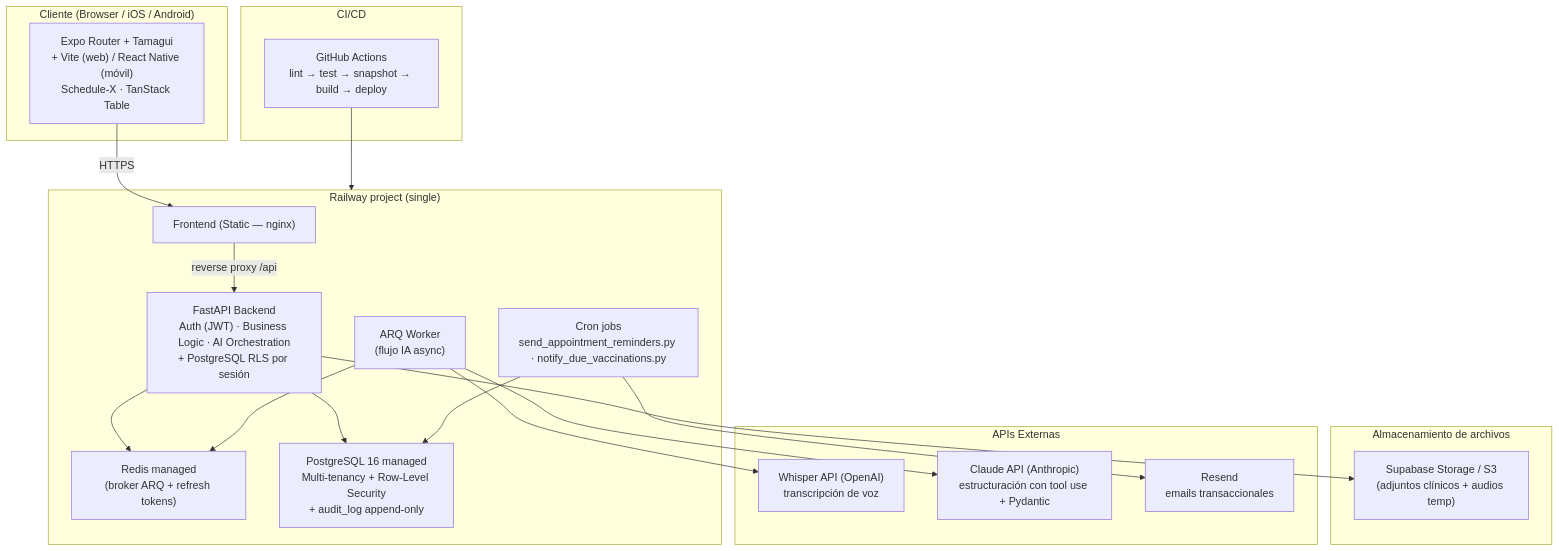
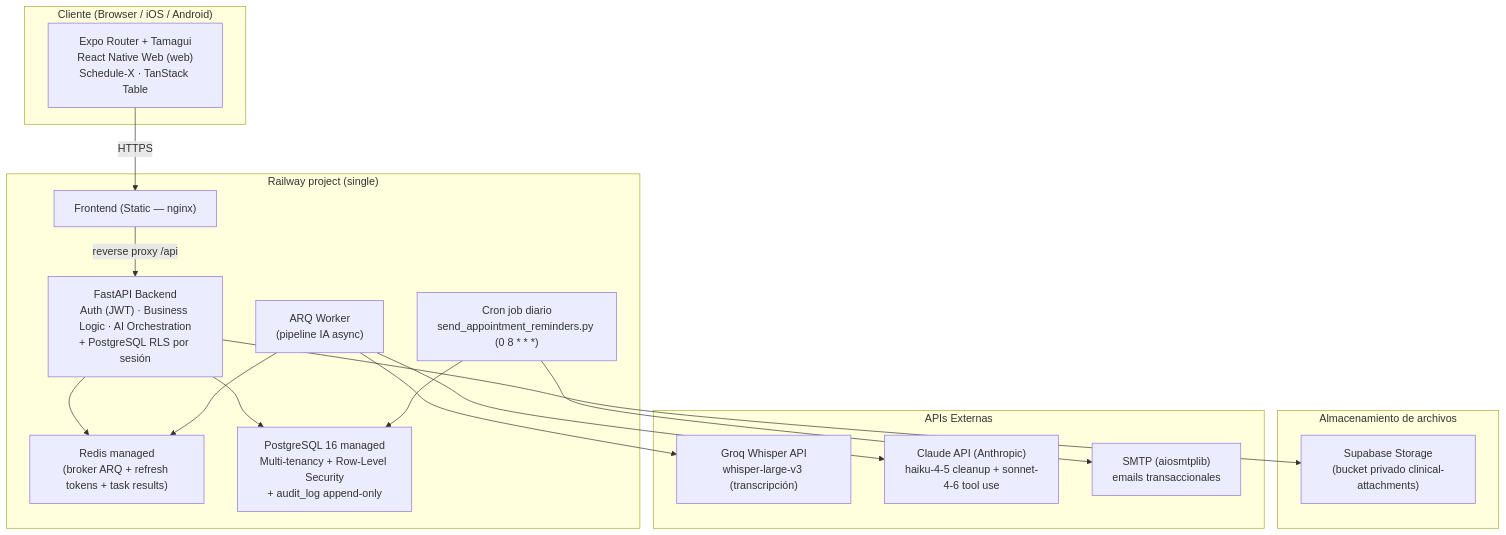
The first of 3 diagrams in readme.md (LIDR-academy/AI4Devs-finalproject), drawn with Mermaid before and after one commit. The commit also changed other lines of this file and 1 other file, not shown here.

````diff
--- a/readme.md
+++ b/readme.md
@@ -105,41 +131,36 @@
 ```mermaid
 flowchart TD
   subgraph Client["Cliente (Browser / iOS / Android)"]
-    FE["Expo Router + Tamagui<br/>+ Vite (web) / React Native (móvil)<br/>Schedule-X · TanStack Table"]
+    FE["Expo Router + Tamagui<br/>React Native Web (web)<br/>Schedule-X · TanStack Table"]
   end
 
   subgraph Railway["Railway project (single)"]
     STATIC["Frontend (Static — nginx)"]
     API["FastAPI Backend<br/>Auth (JWT) · Business Logic · AI Orchestration<br/>+ PostgreSQL RLS por sesión"]
-    ARQ["ARQ Worker<br/>(flujo IA async)"]
-    CRON["Cron jobs<br/>send_appointment_reminders.py · notify_due_vaccinations.py"]
-    RED["Redis managed<br/>(broker ARQ + refresh tokens)"]
+    ARQ["ARQ Worker<br/>(pipeline IA async)"]
+    CRON["Cron job diario<br/>send_appointment_reminders.py (0 8 * * *)"]
+    RED["Redis managed<br/>(broker ARQ + refresh tokens + task results)"]
     PG["PostgreSQL 16 managed<br/>Multi-tenancy + Row-Level Security<br/>+ audit_log append-only"]
   end
 
   subgraph Storage["Almacenamiento de archivos"]
-    S3["Supabase Storage / S3<br/>(adjuntos clínicos + audios temp)"]
+    S3["Supabase Storage<br/>(bucket privado clinical-attachments)"]
   end
 
   subgraph External["APIs Externas"]
-    WHISPER["Whisper API (OpenAI)<br/>transcripción de voz"]
-    CLAUDE["Claude API (Anthropic)<br/>estructuración con tool use + Pydantic"]
-    RESEND["Resend<br/>emails transaccionales"]
-  end
-
-  subgraph Deploy["CI/CD"]
-    GHA["GitHub Actions<br/>lint → test → snapshot → build → deploy"]
+    WHISPER["Groq Whisper API<br/>whisper-large-v3 (transcripción)"]
+    CLAUDE["Claude API (Anthropic)<br/>haiku-4-5 cleanup + sonnet-4-6 tool use"]
+    SMTP["SMTP (aiosmtplib)<br/>emails transaccionales"]
   end
 
   FE -->|HTTPS| STATIC
   STATIC -->|reverse proxy /api| API
   API --> PG
   API --> S3
   API --> RED
   ARQ --> RED
   ARQ --> WHISPER
   ARQ --> CLAUDE
   CRON --> PG
-  CRON --> RESEND
-  GHA --> Railway
+  CRON --> SMTP
 ```
````
